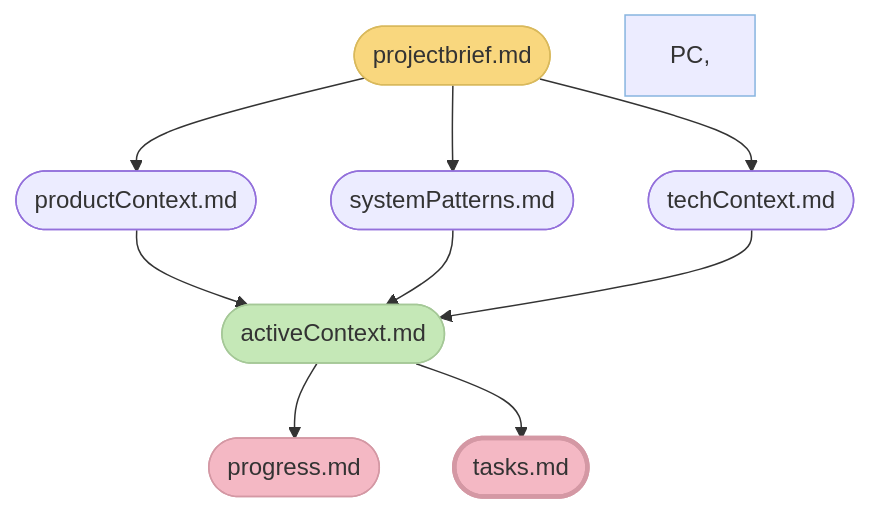
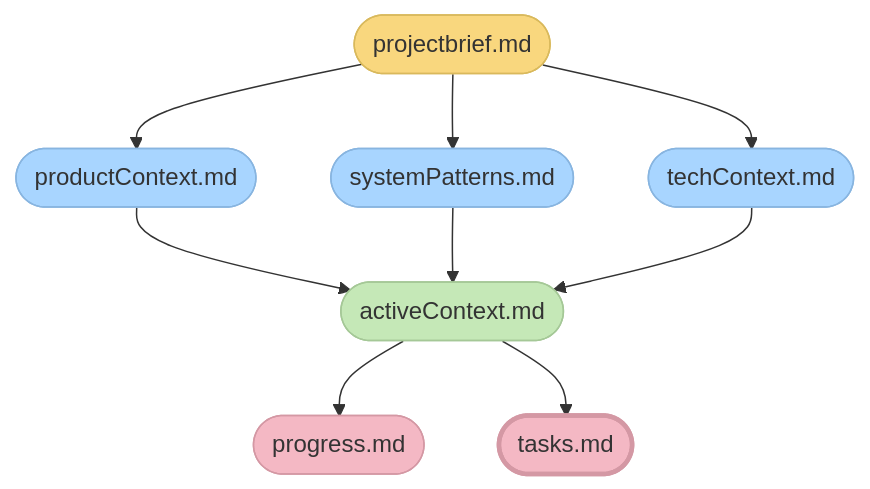
Before and after one commit to yws-coder123/trae-memory-bank: the second of 2 diagrams in custom_modes/van_instructions.md, drawn with Mermaid.

Commit message:
Update van_instructions.md
Fix issue in mermaid

````diff
--- a/custom_modes/van_instructions.md
+++ b/custom_modes/van_instructions.md
@@ -167,17 +167,19 @@
 ```mermaid
 flowchart TD
     PB([projectbrief.md]) --> PC([productContext.md])
     PB --> SP([systemPatterns.md])
     PB --> TC([techContext.md])
     
     PC & SP & TC --> AC([activeContext.md])
     
     AC --> P([progress.md])
     AC --> Tasks([tasks.md])
 
     style PB fill:#f9d77e,stroke:#d9b95c
-    style PC, SP, TC fill:#a8d5ff,stroke:#88b5e0
+    style PC fill:#a8d5ff,stroke:#88b5e0
+    style SP fill:#a8d5ff,stroke:#88b5e0
+    style TC fill:#a8d5ff,stroke:#88b5e0
     style AC fill:#c5e8b7,stroke:#a5c897
     style P fill:#f4b8c4,stroke:#d498a4
     style Tasks fill:#f4b8c4,stroke:#d498a4,stroke-width:3px
 ```
````
